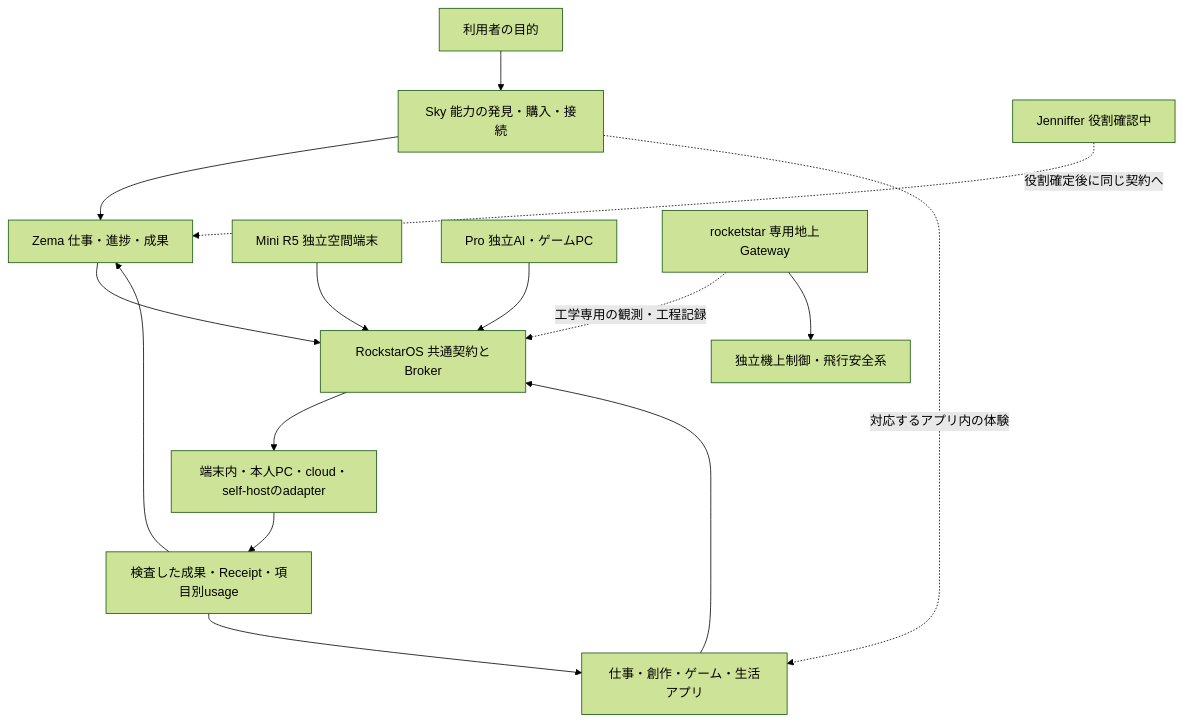
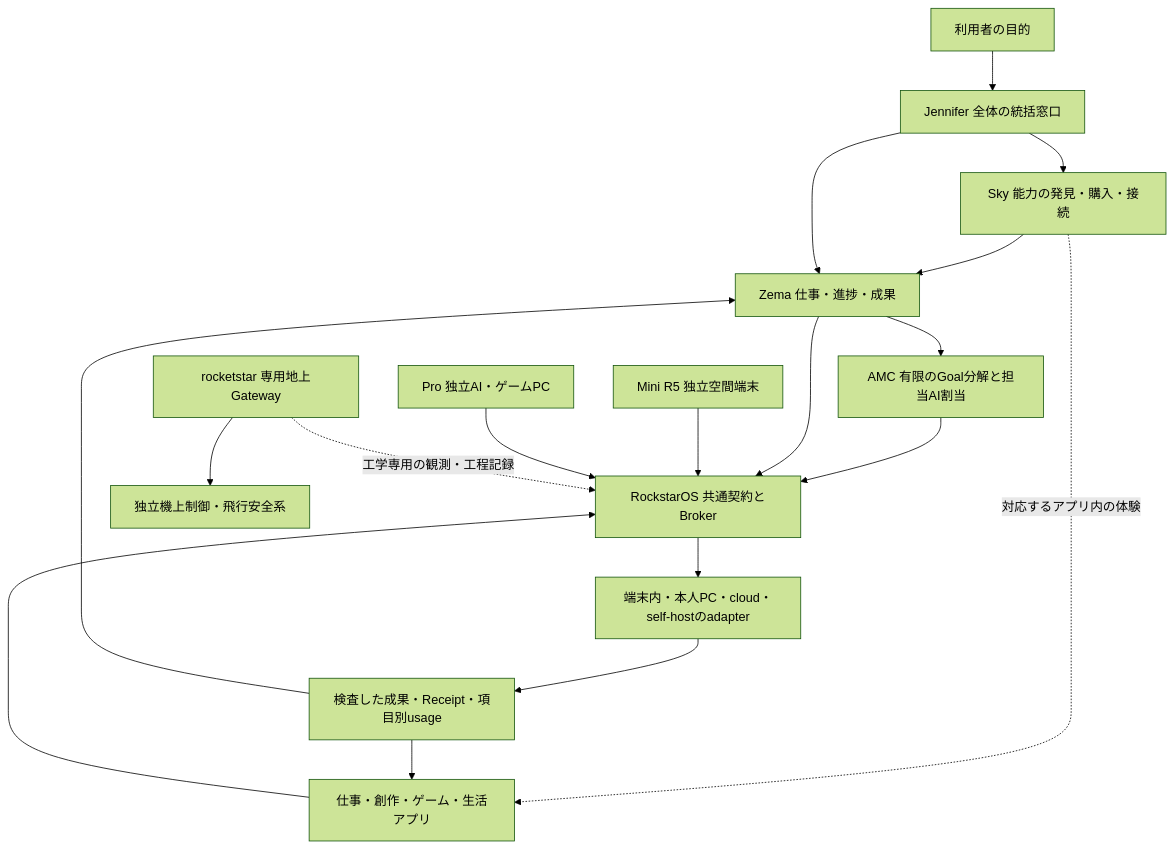
One commit to k999ln/rock changed the diagram in docs/service-design/README.md. Above: the diagram before and after it, drawn with Mermaid (forest theme). The commit also changed other lines of this file and 20 other files, not shown here.

````diff
--- a/docs/service-design/README.md
+++ b/docs/service-design/README.md
@@ -29,17 +29,20 @@
 ```mermaid
 flowchart TB
-  U[利用者の目的] --> S[Sky 能力の発見・購入・接続]
+  U[利用者の目的] --> J[Jennifer 全体の統括窓口]
+  J --> S[Sky 能力の発見・購入・接続]
   S --> Z[Zema 仕事・進捗・成果]
   S -. 対応するアプリ内の体験 .-> A[仕事・創作・ゲーム・生活アプリ]
-  J[Jenniffer 役割確認中] -. 役割確定後に同じ契約へ .-> Z
+  J --> Z
+  Z --> AMC[AMC 有限のGoal分解と担当AI割当]
+  AMC --> C
   Z --> C[RockstarOS 共通契約とBroker]
   A --> C
   C --> E[端末内・本人PC・cloud・self-hostのadapter]
   E --> R[検査した成果・Receipt・項目別usage]
   R --> Z
   R --> A
   M[Mini R5 独立空間端末] --> C
   P[Pro 独立AI・ゲームPC] --> C
   X[rocketstar 専用地上Gateway] -. 工学専用の観測・工程記録 .-> C
   X --> F[独立機上制御・飛行安全系]
 ```
````
